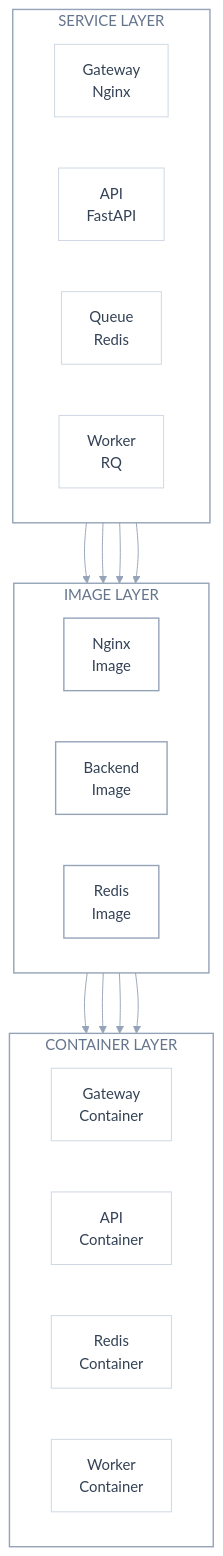
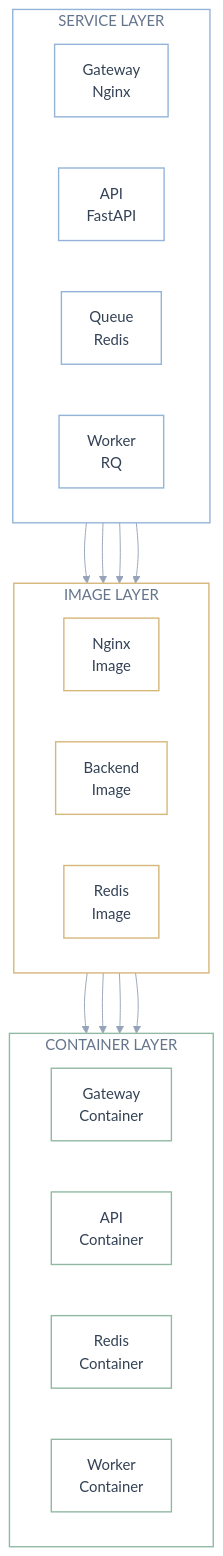
Before and after one commit to TranKiet146/docflow_SOA_Seminar: the third of 3 diagrams in README.md, drawn with Mermaid. The commit also changed other lines of this file, not shown here.

Commit message:
add color diagram

````diff
--- a/README.md
+++ b/README.md
@@ -458,45 +461,49 @@
 ```mermaid
 %%{init: {"theme": "base", "themeVariables": {"fontFamily": "Arial", "fontSize": "16px", "primaryTextColor": "#334155", "lineColor": "#94A3B8"}, "flowchart": {"htmlLabels": true, "nodeSpacing": 55, "rankSpacing": 65, "useMaxWidth": true}}}%%
 flowchart TB
     subgraph SL["SERVICE LAYER"]
         direction LR
         S1["Gateway<br/>Nginx"]
         S2["API<br/>FastAPI"]
         S3["Queue<br/>Redis"]
         S4["Worker<br/>RQ"]
     end
 
     subgraph IL["IMAGE LAYER"]
         direction LR
         I1["Nginx<br/>Image"]
         I2["Backend<br/>Image"]
         I3["Redis<br/>Image"]
     end
 
     subgraph CL["CONTAINER LAYER"]
         direction LR
         C1["Gateway<br/>Container"]
         C2["API<br/>Container"]
         C3["Redis<br/>Container"]
         C4["Worker<br/>Container"]
     end
 
     S1 --> I1
     S2 --> I2
     S3 --> I3
     S4 --> I2
 
     I1 --> C1
     I2 --> C2
     I2 --> C4
     I3 --> C3
 
-    classDef default fill:#FFFFFF,stroke:#CBD5E1,stroke-width:1px,color:#334155
-    classDef image fill:#FFFFFF,stroke:#94A3B8,stroke-width:1.5px,color:#334155
+    classDef default fill:transparent,stroke:#CBD5E1,stroke-width:1px,color:#334155
+    classDef service fill:transparent,stroke:#93B4D8,stroke-width:1.5px,color:#334155
+    classDef image fill:transparent,stroke:#D6B77A,stroke-width:1.5px,color:#334155
+    classDef container fill:transparent,stroke:#91B9A3,stroke-width:1.5px,color:#334155
 
+    class S1,S2,S3,S4 service
     class I1,I2,I3 image
+    class C1,C2,C3,C4 container
 
-    style SL fill:transparent,stroke:#94A3B8,stroke-width:1.5px,color:#64748B
-    style IL fill:transparent,stroke:#94A3B8,stroke-width:1.5px,color:#64748B
-    style CL fill:transparent,stroke:#94A3B8,stroke-width:1.5px,color:#64748B
+    style SL fill:transparent,stroke:#93B4D8,stroke-width:1.5px,color:#64748B
+    style IL fill:transparent,stroke:#D6B77A,stroke-width:1.5px,color:#64748B
+    style CL fill:transparent,stroke:#91B9A3,stroke-width:1.5px,color:#64748B
 ```
````
